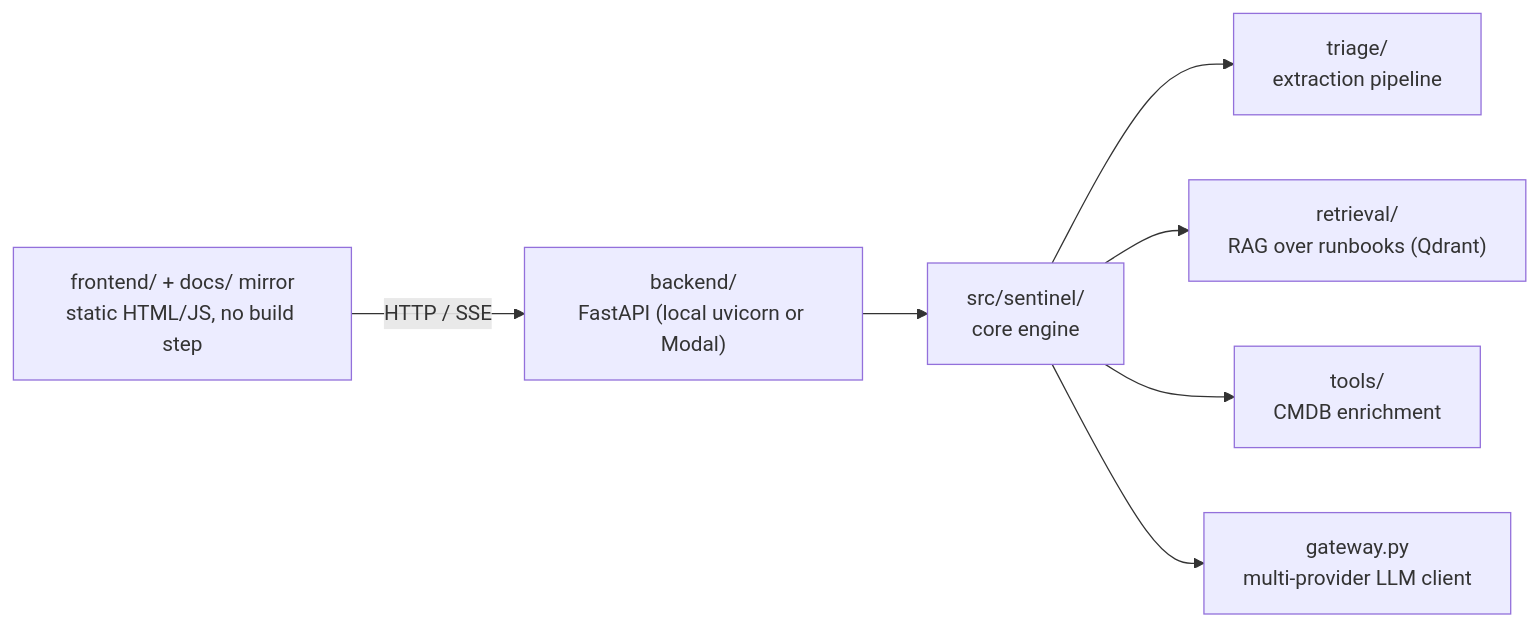
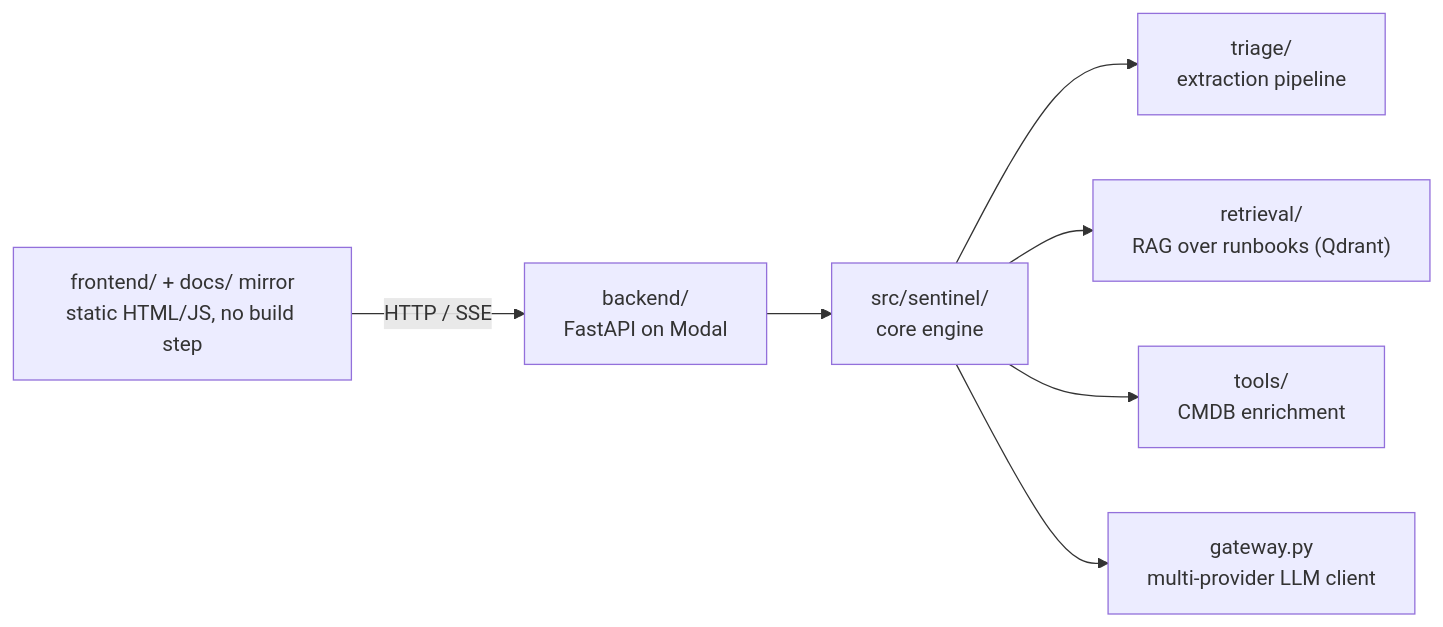
Before and after one commit to anjeshdubey/Sentinel: the first of 3 diagrams in engineering-docs/architecture.md, drawn with Mermaid. The commit also changed other lines of this file and 10 other files, not shown here.

````diff
--- a/engineering-docs/architecture.md
+++ b/engineering-docs/architecture.md
@@ -5,17 +5,17 @@
 ```mermaid
 flowchart LR
     FE["frontend/ + docs/ mirror<br/>static HTML/JS, no build step"]
-    BE["backend/<br/>FastAPI (local uvicorn or Modal)"]
+    BE["backend/<br/>FastAPI on Modal"]
     CORE["src/sentinel/<br/>core engine"]
     TRIAGE["triage/<br/>extraction pipeline"]
     RETRIEVAL["retrieval/<br/>RAG over runbooks (Qdrant)"]
     TOOLS["tools/<br/>CMDB enrichment"]
     GATEWAY["gateway.py<br/>multi-provider LLM client"]
 
     FE -->|HTTP / SSE| BE
     BE --> CORE
     CORE --> TRIAGE
     CORE --> RETRIEVAL
     CORE --> TOOLS
     CORE --> GATEWAY
 ```
````
